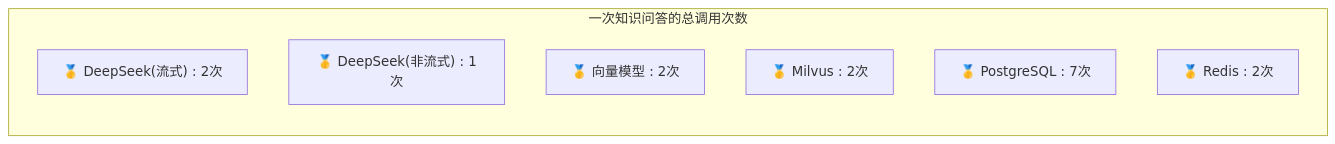
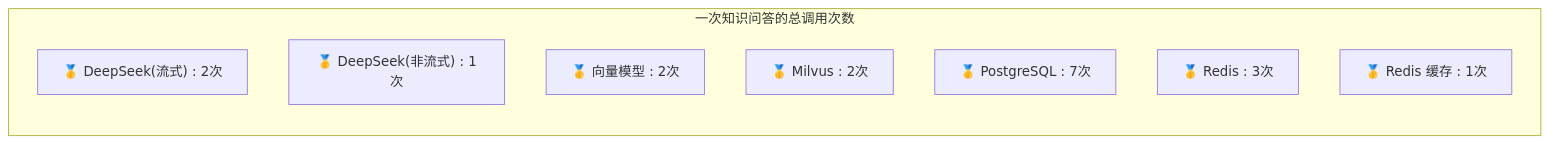
The sixth of 6 diagrams in zhiliao-chat/Chat请求流程.md (peijiarui/liar-zhiliao), drawn with Mermaid before and after one commit. The commit also changed other lines of this file and 42 other files, not shown here.

````diff
--- a/zhiliao-chat/Chat请求流程.md
+++ b/zhiliao-chat/Chat请求流程.md
@@ -194,11 +283,12 @@
 ```mermaid
-flowchart LR
+graph LR
     subgraph Legend[一次知识问答的总调用次数]
         L1["🥇 DeepSeek(流式) : 2次"]
         L2["🥇 DeepSeek(非流式) : 1次"]
         L3["🥇 向量模型 : 2次"]
         L4["🥇 Milvus : 2次"]
         L5["🥇 PostgreSQL : 7次"]
-        L6["🥇 Redis : 2次"]
+        L6["🥇 Redis : 3次"]
+        L7["🥇 Redis 缓存 : 1次"]
     end
 ```
````
